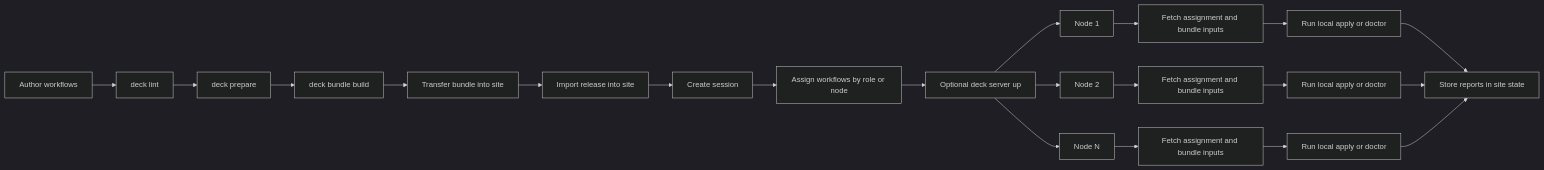
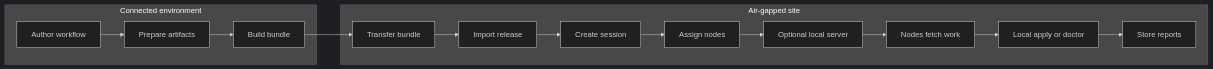
One commit to taedi90/deck changed the second of 2 diagrams in docs/concepts/architecture.md. Above: the diagram before and after it, drawn with Mermaid (dark theme). The commit also changed other lines of this file, not shown here.

Commit message:
simplify architecture flow diagrams

````diff
--- a/docs/concepts/architecture.md
+++ b/docs/concepts/architecture.md
@@ -72,23 +72,17 @@
 ```mermaid
 flowchart LR
-    A[Author workflows] --> B[deck lint]
-    B --> C[deck prepare]
-    C --> D[deck bundle build]
-    D --> E[Transfer bundle into site]
-    E --> F[Import release into site]
-    F --> G[Create session]
-    G --> H[Assign workflows by role or node]
-    H --> S[Optional deck server up]
-    S --> N1[Node 1]
-    S --> N2[Node 2]
-    S --> N3[Node N]
-    N1 --> A1[Fetch assignment and bundle inputs]
-    N2 --> A2[Fetch assignment and bundle inputs]
-    N3 --> A3[Fetch assignment and bundle inputs]
-    A1 --> R1[Run local apply or doctor]
-    A2 --> R2[Run local apply or doctor]
-    A3 --> R3[Run local apply or doctor]
-    R1 --> T[Store reports in site state]
-    R2 --> T
-    R3 --> T
+    subgraph Online[Connected environment]
+        A[Author workflow] --> B[Prepare artifacts]
+        B --> C[Build bundle]
+    end
+    C --> D[Transfer bundle]
+    subgraph Offline[Air-gapped site]
+        D --> E[Import release]
+        E --> F[Create session]
+        F --> G[Assign nodes]
+        G --> H[Optional local server]
+        H --> I[Nodes fetch work]
+        I --> J[Local apply or doctor]
+        J --> K[Store reports]
+    end
 ```
````
